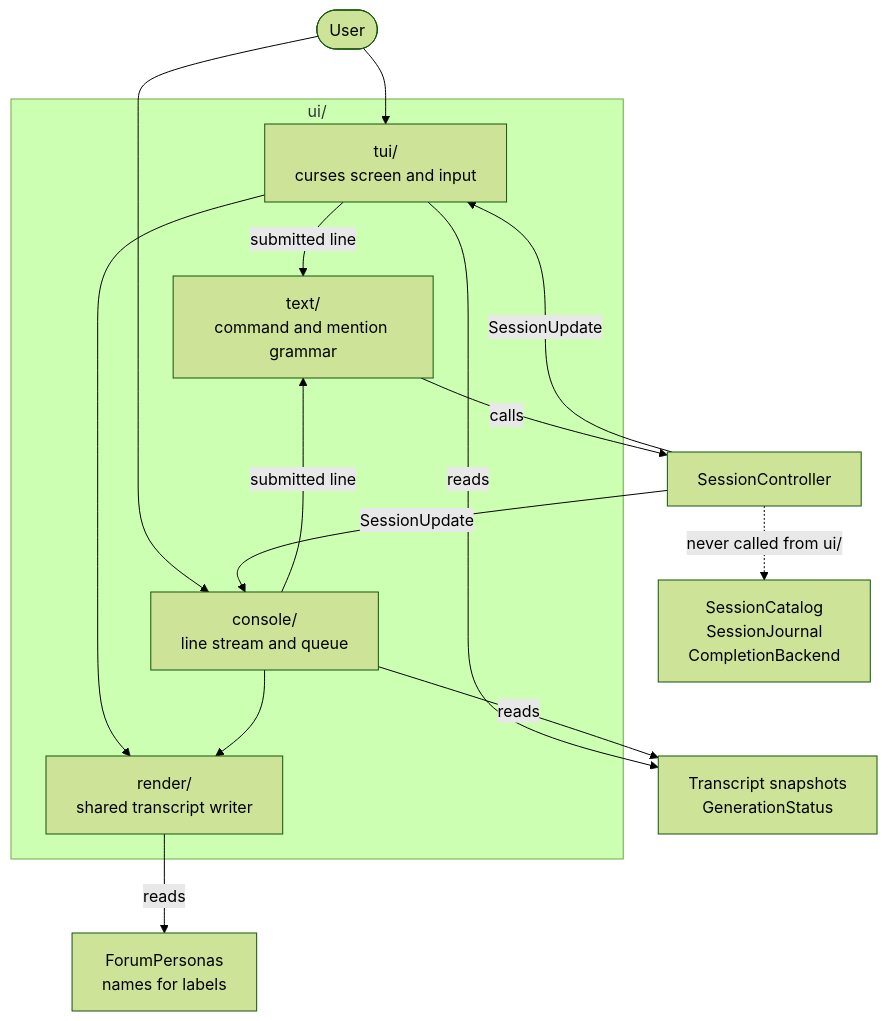
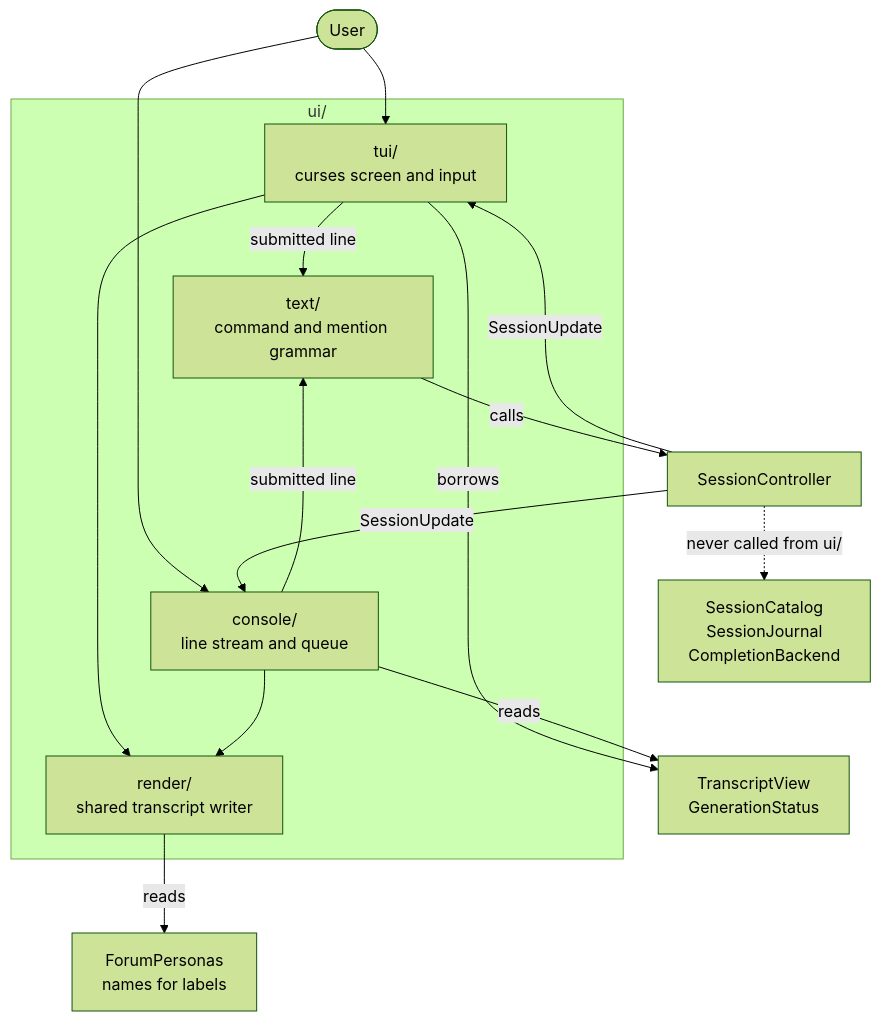
Before and after one commit to michaelpopov/cha: the diagram in src/ui/README.md, drawn with Mermaid (forest theme). The commit also changed other lines of this file and 34 other files, not shown here.

````diff
--- a/src/ui/README.md
+++ b/src/ui/README.md
@@ -27,24 +27,24 @@
 ```mermaid
 flowchart TD
     subgraph ui["ui/"]
         tui["tui/<br/>curses screen and input"]
         console["console/<br/>line stream and queue"]
         render["render/<br/>shared transcript writer"]
         txt["text/<br/>command and mention grammar"]
     end
 
     user(["User"]) --> tui
     user --> console
     tui --> render
     console --> render
     tui -->|"submitted line"| txt
     console -->|"submitted line"| txt
     txt -->|"calls"| controller["SessionController"]
     controller -->|"SessionUpdate"| tui
     controller -->|"SessionUpdate"| console
-    tui -->|"reads"| convo["Transcript snapshots<br/>GenerationStatus"]
+    tui -->|"borrows"| convo["TranscriptView<br/>GenerationStatus"]
     console -->|"reads"| convo
     render -->|"reads"| personas["ForumPersonas<br/>names for labels"]
 
     controller -.->|"never called from ui/"| store["SessionCatalog<br/>SessionJournal<br/>CompletionBackend"]
 ```
````
